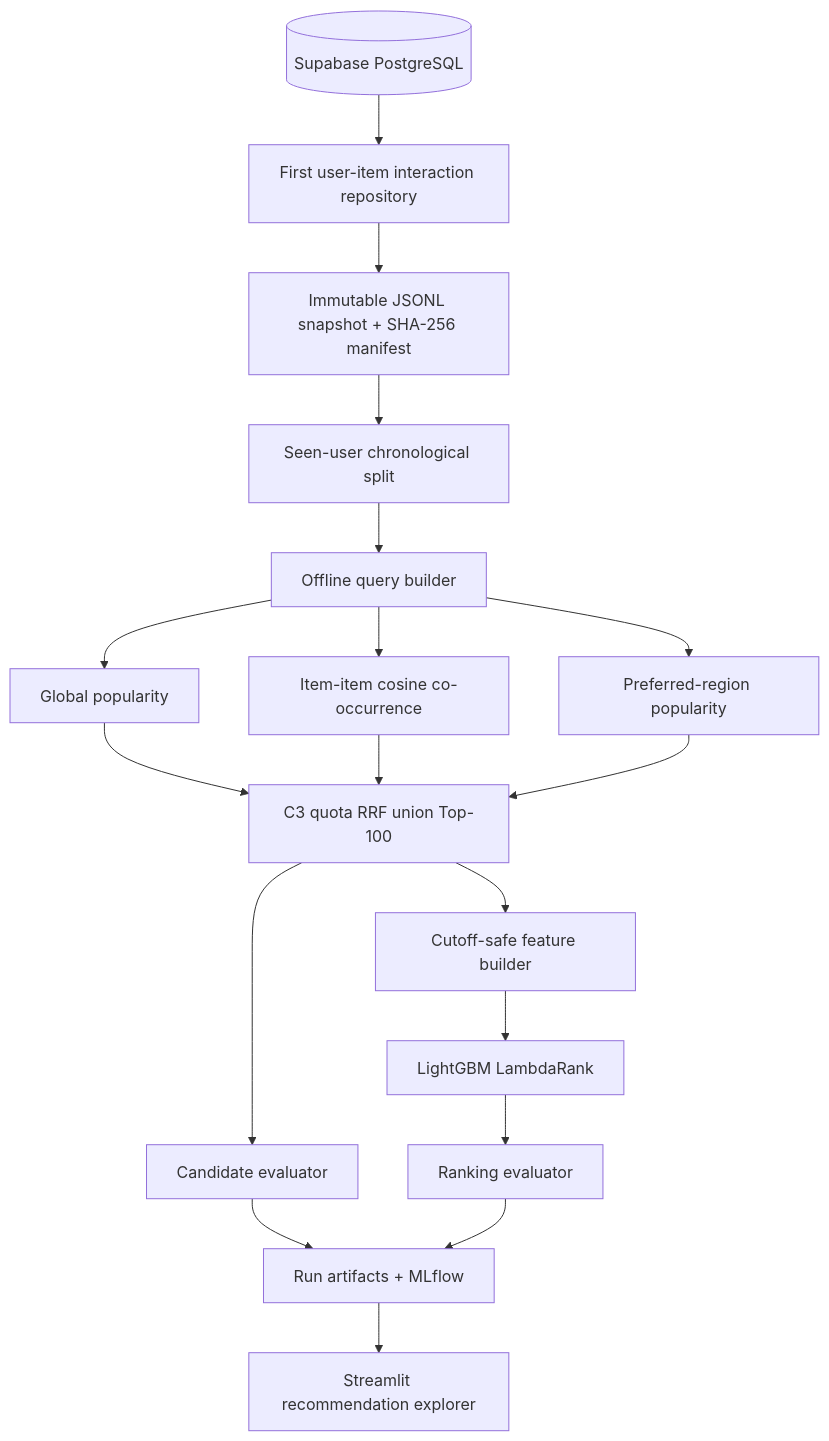
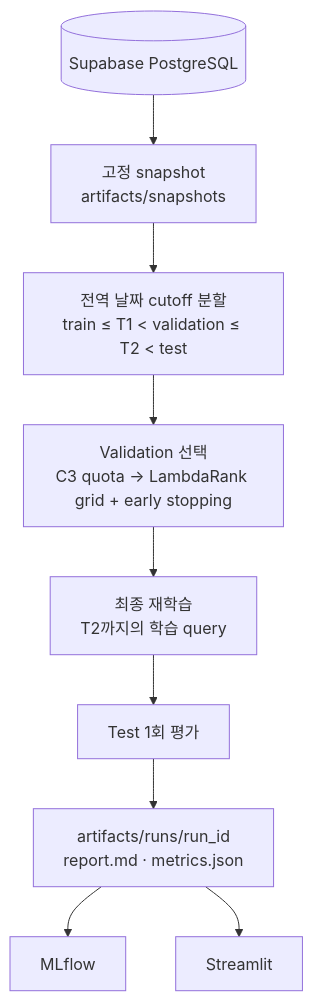
One commit to han942/ai-ds-projects changed the diagram in projects/rating_recsys/BASELINE_MODEL.md. Above: the diagram before and after it, drawn with Mermaid. The commit also changed other lines of this file and 48 other files, not shown here.

````diff
--- a/projects/rating_recsys/BASELINE_MODEL.md
+++ b/projects/rating_recsys/BASELINE_MODEL.md
@@ -29,20 +21,11 @@
 ```mermaid
 flowchart TD
-    DB[(Supabase PostgreSQL)] --> R[First user-item interaction repository]
-    R --> S[Immutable JSONL snapshot + SHA-256 manifest]
-    S --> P[Seen-user chronological split]
-    P --> Q[Offline query builder]
-    Q --> POP[Global popularity]
-    Q --> I2I[Item-item cosine co-occurrence]
-    Q --> REG[Preferred-region popularity]
-    POP --> RRF[C3 quota RRF union Top-100]
-    I2I --> RRF
-    REG --> RRF
-    RRF --> F[Cutoff-safe feature builder]
-    F --> LTR[LightGBM LambdaRank]
-    RRF --> CE[Candidate evaluator]
-    LTR --> RE[Ranking evaluator]
-    CE --> A[Run artifacts + MLflow]
-    RE --> A
-    A --> UI[Streamlit recommendation explorer]
+    DB[(Supabase PostgreSQL)] --> S[고정 snapshot<br/>artifacts/snapshots]
+    S --> P[전역 날짜 cutoff 분할<br/>train ≤ T1 < validation ≤ T2 < test]
+    P --> V[Validation 선택<br/>C3 quota → LambdaRank grid + early stopping]
+    V --> F[최종 재학습<br/>T2까지의 학습 query]
+    F --> T[Test 1회 평가]
+    T --> A[artifacts/runs/run_id<br/>report.md · metrics.json]
+    A --> M[MLflow]
+    A --> UI[Streamlit]
 ```
````
